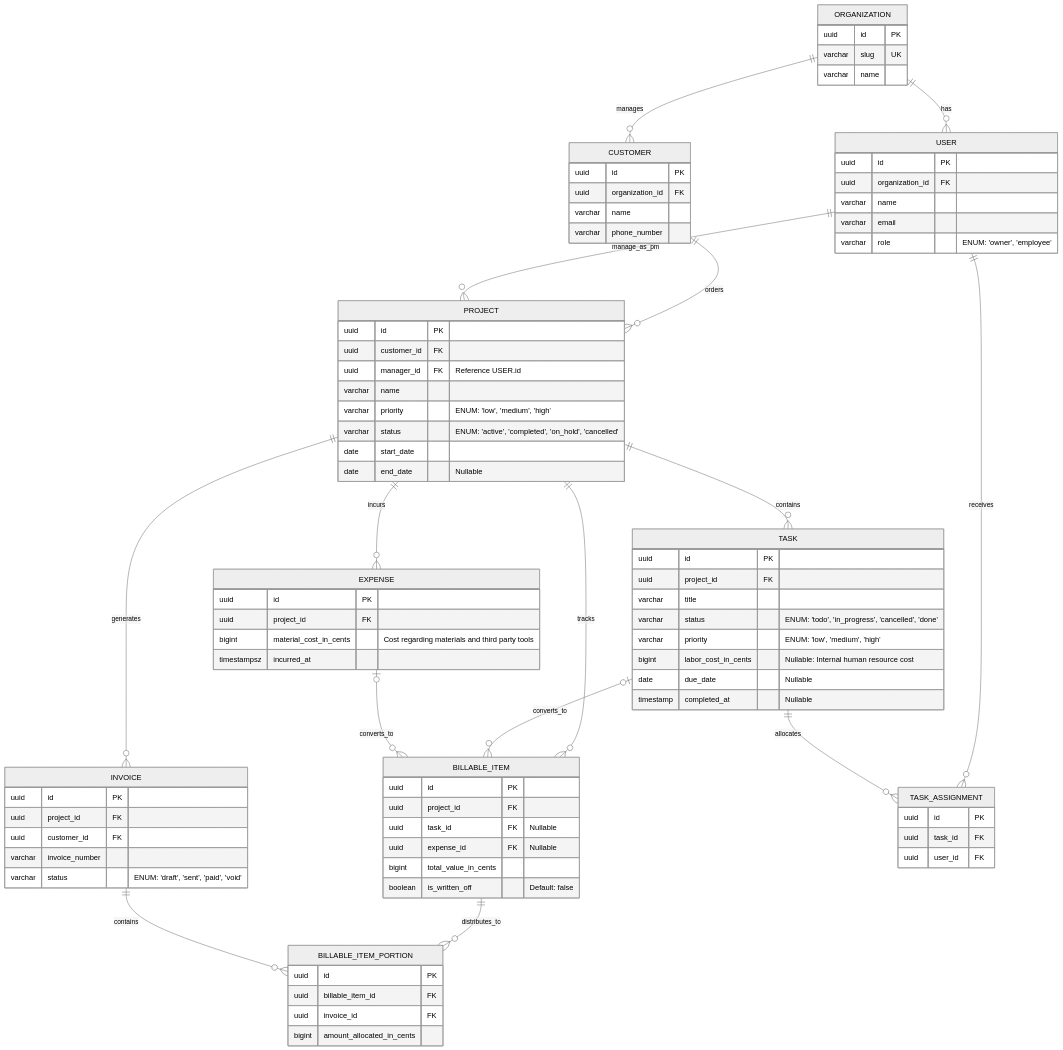
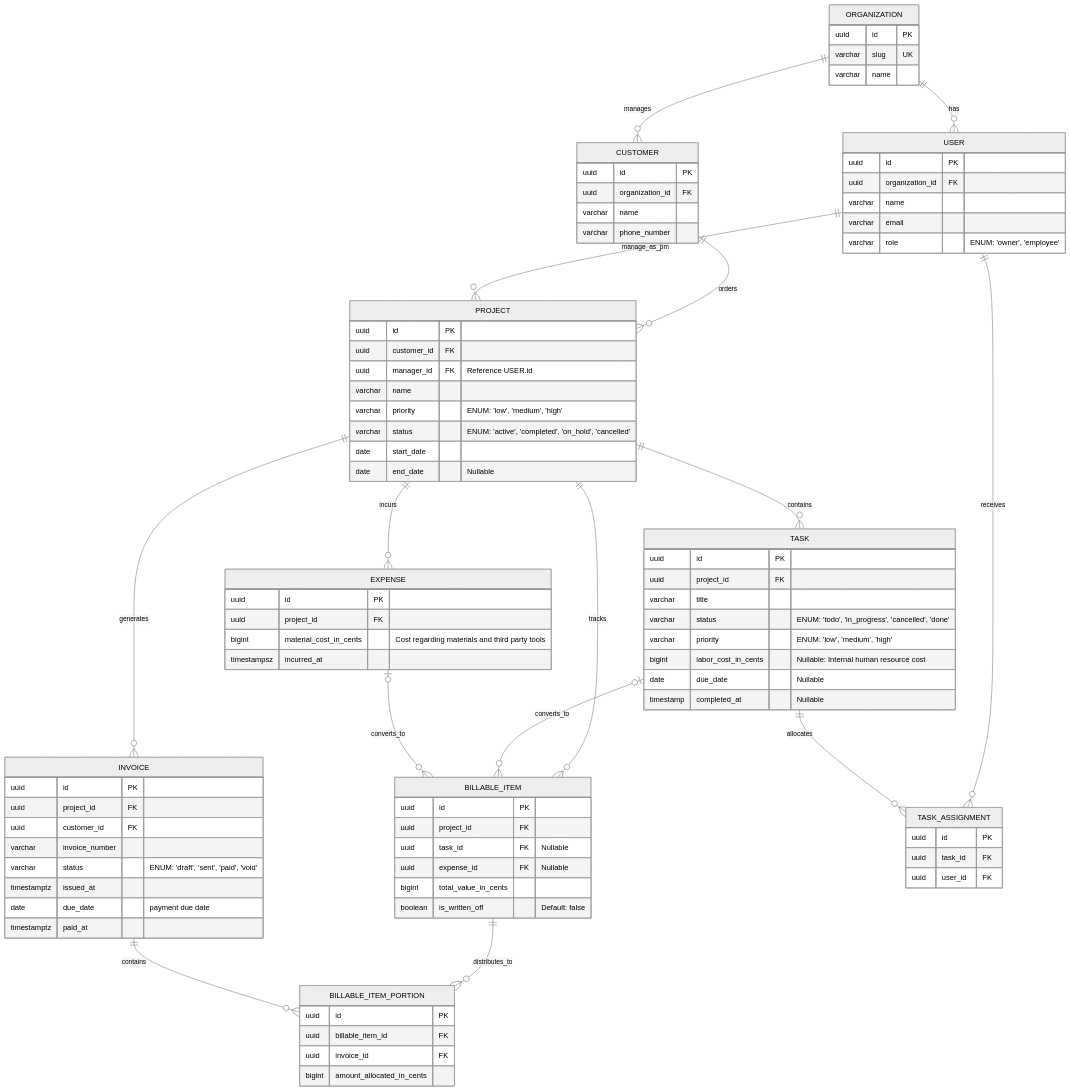
One commit to mauriciobarda/service-tenant-erp changed the diagram in docs/database.md. Above: the diagram before and after it, drawn with Mermaid (neutral theme).

Commit message:
docs: add issued_at, due_date and paid_at to invoices

````diff
--- a/docs/database.md
+++ b/docs/database.md
@@ -117,5 +117,8 @@
         uuid customer_id FK
         varchar invoice_number
         varchar status "ENUM: 'draft', 'sent', 'paid', 'void'"
+        timestamptz issued_at
+        date due_date "payment due date"
+        timestamptz paid_at
     }
 ```
````
